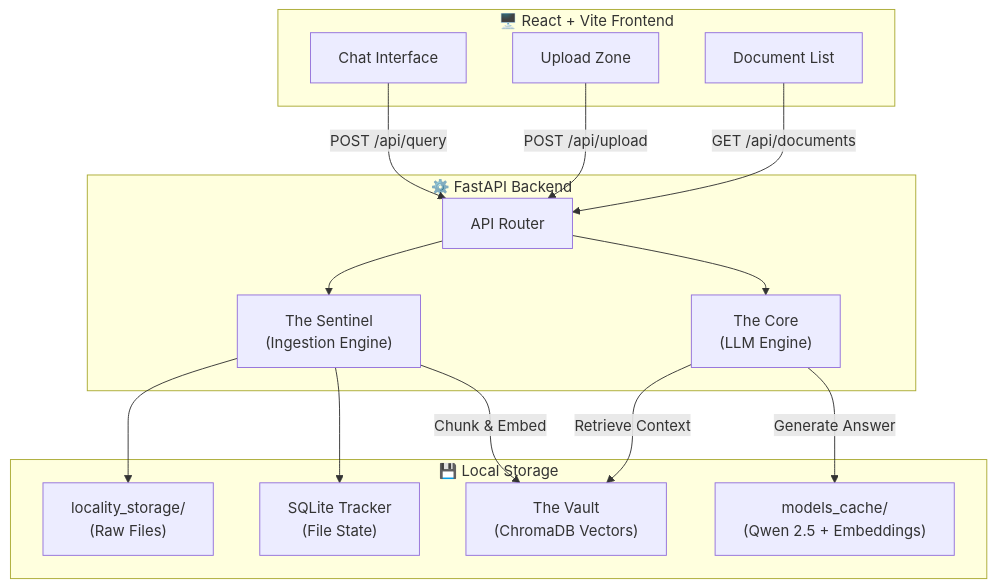
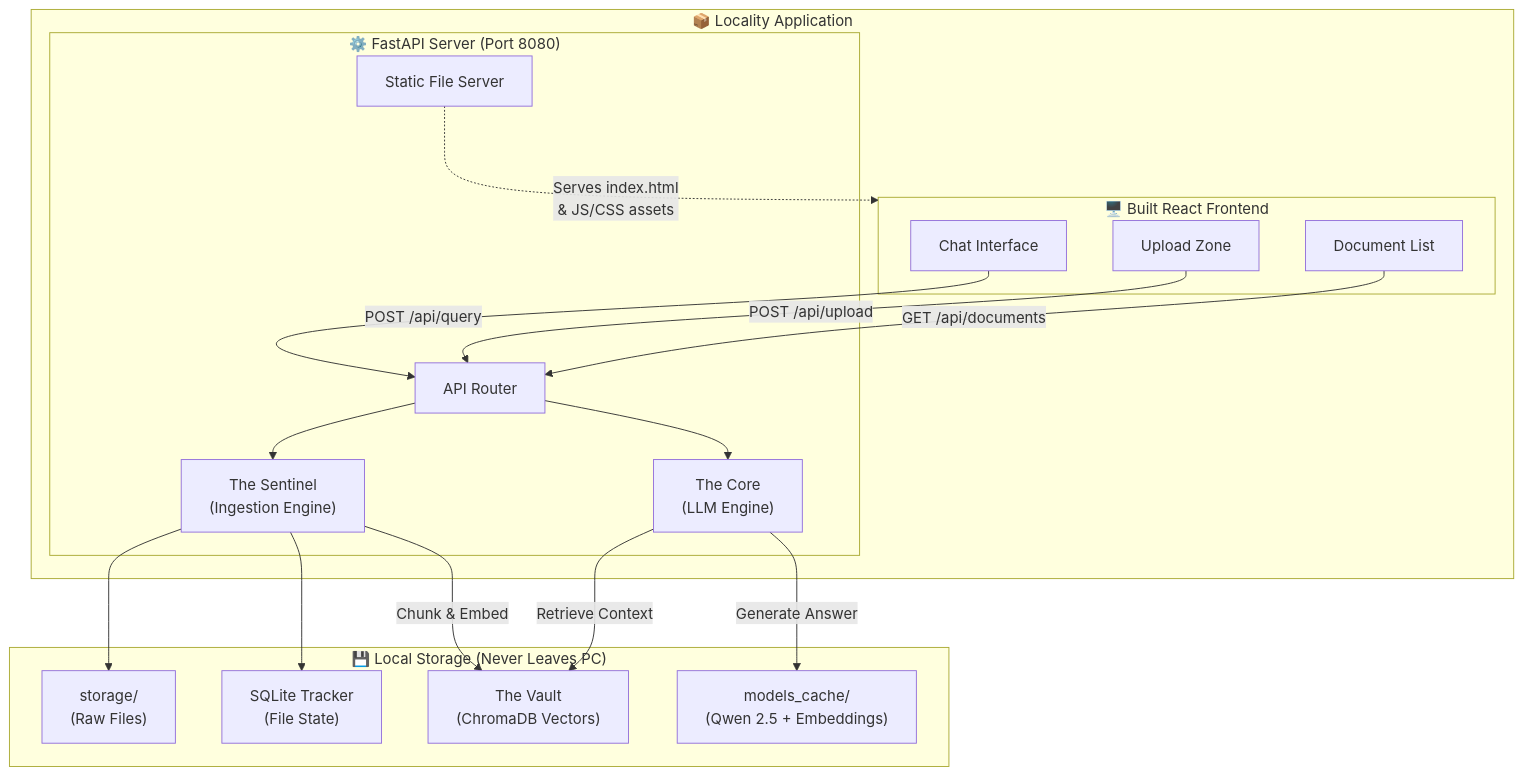
The first of 3 diagrams in README.md (keshavjha018/Locality), drawn with Mermaid before and after one commit. The commit also changed other lines of this file and 6 other files, not shown here.

````diff
--- a/README.md
+++ b/README.md
@@ -24,35 +24,40 @@
 ```mermaid
 graph TB
-    subgraph Frontend["🖥️ React + Vite Frontend"]
-        UI["Chat Interface"]
-        Upload["Upload Zone"]
-        DocList["Document List"]
+    subgraph App["📦 Locality Application"]
+        subgraph Static["🖥️ Built React Frontend"]
+            UI["Chat Interface"]
+            Upload["Upload Zone"]
+            DocList["Document List"]
+        end
+
+        subgraph Backend["⚙️ FastAPI Server (Port 8080)"]
+            API["API Router"]
+            StaticServe["Static File Server"]
+            Sentinel["The Sentinel\n(Ingestion Engine)"]
+            Core["The Core\n(LLM Engine)"]
+        end
     end
 
-    subgraph Backend["⚙️ FastAPI Backend"]
-        API["API Router"]
-        Sentinel["The Sentinel\n(Ingestion Engine)"]
-        Core["The Core\n(LLM Engine)"]
-    end
-
-    subgraph Storage["💾 Local Storage"]
-        FS["locality_storage/\n(Raw Files)"]
+    subgraph Storage["💾 Local Storage (Never Leaves PC)"]
+        FS["storage/\n(Raw Files)"]
         Vault["The Vault\n(ChromaDB Vectors)"]
         Tracker["SQLite Tracker\n(File State)"]
         Models["models_cache/\n(Qwen 2.5 + Embeddings)"]
     end
 
+    StaticServe -. "Serves index.html\n& JS/CSS assets" .-> Static
+    
     Upload -- "POST /api/upload" --> API
     UI -- "POST /api/query" --> API
     DocList -- "GET /api/documents" --> API
 
     API --> Sentinel
     API --> Core
 
     Sentinel --> FS
     Sentinel --> Tracker
     Sentinel -- "Chunk & Embed" --> Vault
 
     Core -- "Retrieve Context" --> Vault
     Core -- "Generate Answer" --> Models
 ```
````
